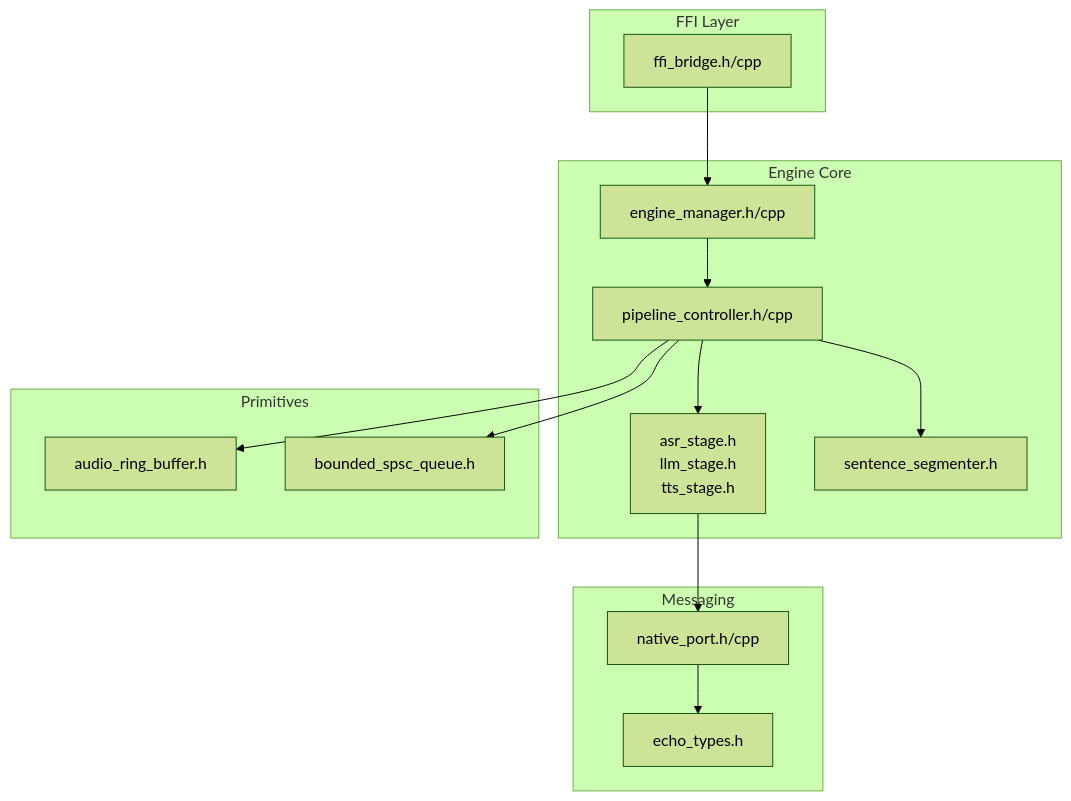
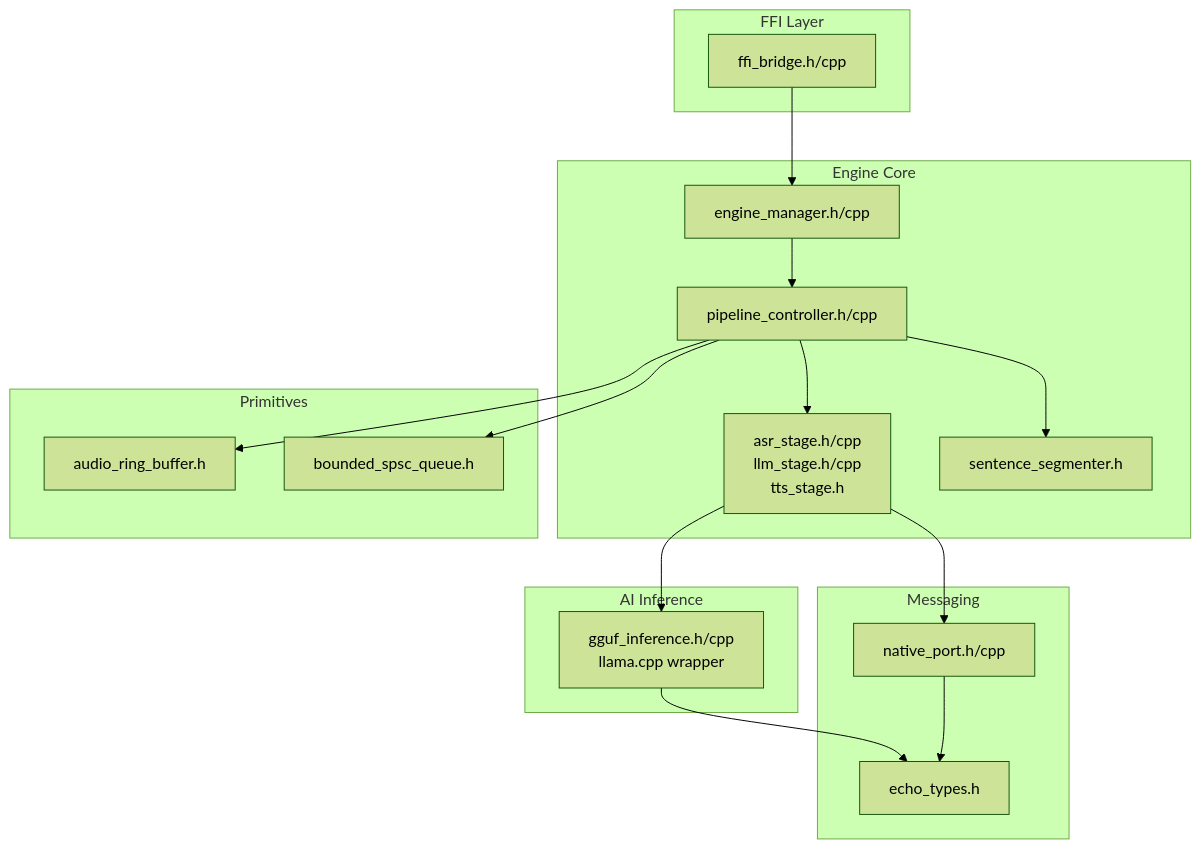
One commit to iMyth/QwenEcho changed the first of 9 diagrams in .qoder/repowiki/en/content/Native Engine Core/Native Engine Core.md. Above: the diagram before and after it, drawn with Mermaid (forest theme). The commit also changed other lines of this file and 129 other files, not shown here.

````diff
--- a/.qoder/repowiki/en/content/Native Engine Core/Native Engine Core.md
+++ b/.qoder/repowiki/en/content/Native Engine Core/Native Engine Core.md
@@ -53,28 +69,33 @@
 ```mermaid
 graph TB
 subgraph "FFI Layer"
 FFI["ffi_bridge.h/cpp"]
 end
 subgraph "Engine Core"
 EM["engine_manager.h/cpp"]
 PC["pipeline_controller.h/cpp"]
-STAGES["asr_stage.h<br/>llm_stage.h<br/>tts_stage.h"]
+STAGES["asr_stage.h/cpp<br/>llm_stage.h/cpp<br/>tts_stage.h"]
 SEG["sentence_segmenter.h"]
+end
+subgraph "AI Inference"
+GGUF["gguf_inference.h/cpp<br/>llama.cpp wrapper"]
 end
 subgraph "Primitives"
 RB["audio_ring_buffer.h"]
 Q["bounded_spsc_queue.h"]
 end
 subgraph "Messaging"
 NP["native_port.h/cpp"]
 ET["echo_types.h"]
 end
 FFI --> EM
 EM --> PC
 PC --> RB
 PC --> Q
 PC --> STAGES
 PC --> SEG
 STAGES --> NP
+STAGES --> GGUF
+GGUF --> ET
 NP --> ET
 ```
````
